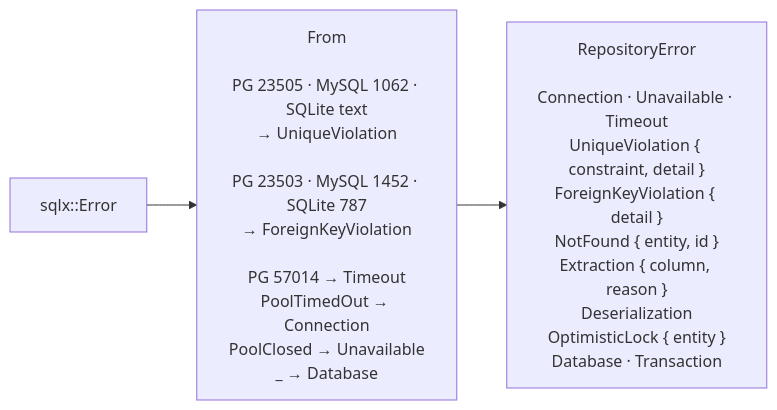
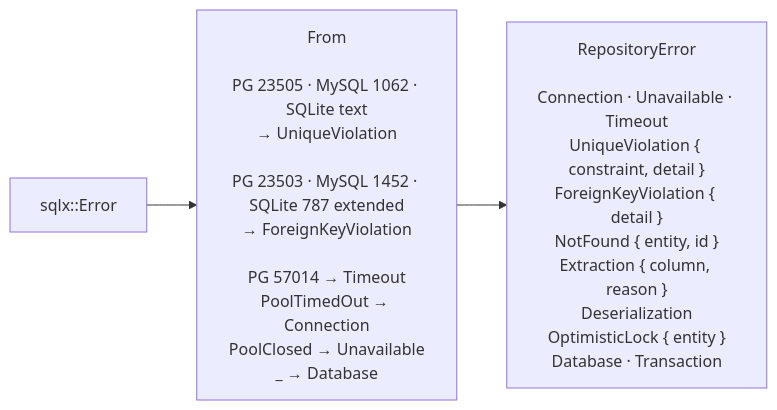
One commit to hugomf/rustdata changed the tenth of 16 diagrams in ARCHITECTURE.md. Above: the diagram before and after it, drawn with Mermaid. The commit also changed other lines of this file, not shown here.

Commit message:
updated architecture

````diff
--- a/ARCHITECTURE.md
+++ b/ARCHITECTURE.md
@@ -374,8 +388,8 @@
 ```mermaid
 flowchart LR
     sqlx["sqlx::Error"]
-    conv["From<sqlx::Error>\n\nPG 23505 · MySQL 1062 · SQLite text\n→ UniqueViolation\n\nPG 23503 · MySQL 1452 · SQLite 787\n→ ForeignKeyViolation\n\nPG 57014 → Timeout\nPoolTimedOut → Connection\nPoolClosed → Unavailable\n_ → Database"]
+    conv["From<sqlx::Error>\n\nPG 23505 · MySQL 1062 · SQLite text\n→ UniqueViolation\n\nPG 23503 · MySQL 1452 · SQLite 787 extended\n→ ForeignKeyViolation\n\nPG 57014 → Timeout\nPoolTimedOut → Connection\nPoolClosed → Unavailable\n_ → Database"]
     re["RepositoryError\n\nConnection · Unavailable · Timeout\nUniqueViolation { constraint, detail }\nForeignKeyViolation { detail }\nNotFound { entity, id }\nExtraction { column, reason }\nDeserialization\nOptimisticLock { entity }\nDatabase · Transaction"]
 
     sqlx --> conv --> re
 ```
````
